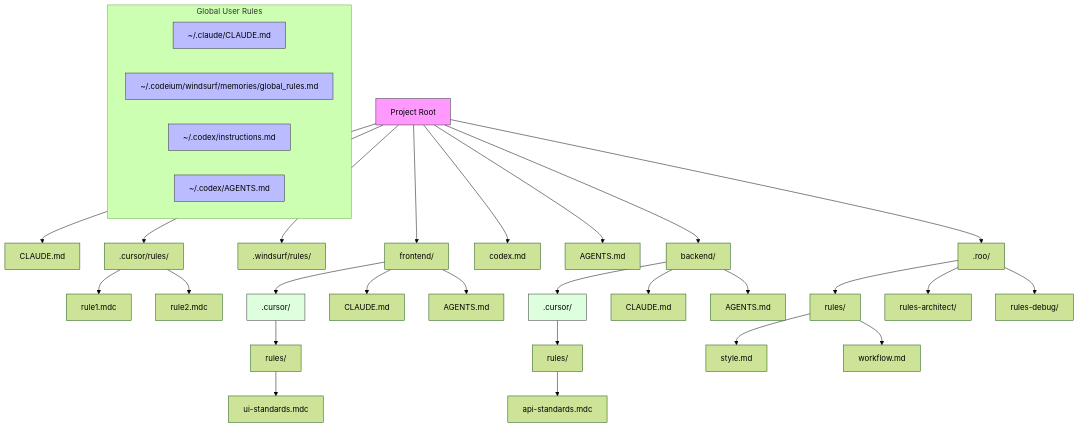
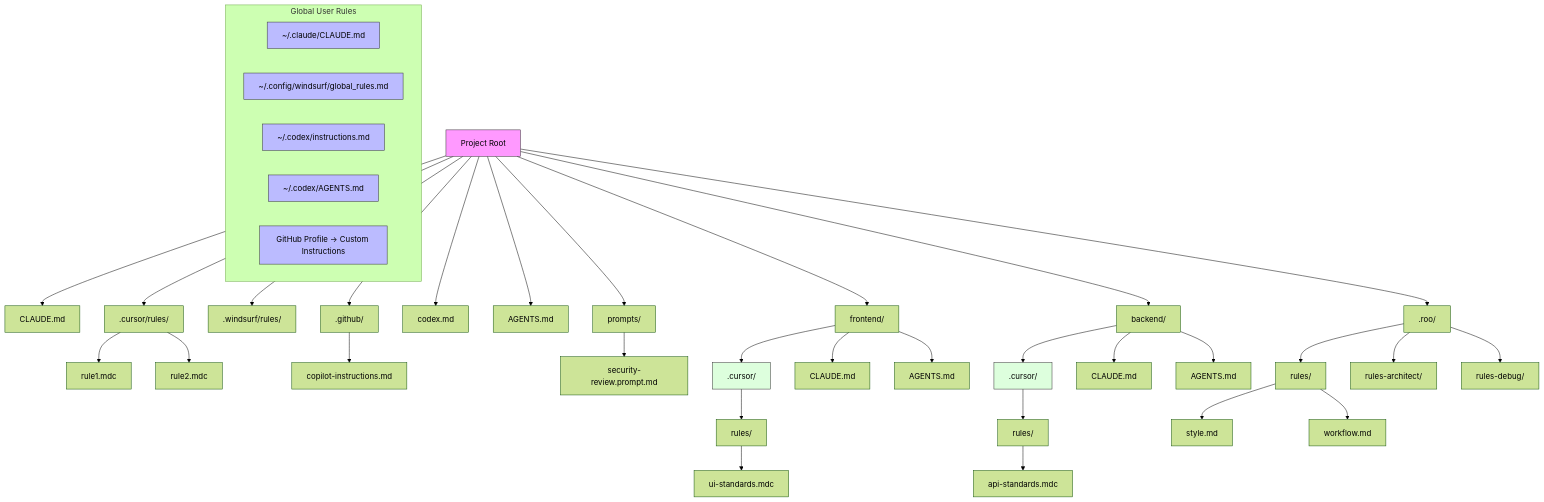
Before and after one commit to outfitter-dev/rulesets: the second of 10 diagrams in notes/ai-rules-guide.md, drawn with Mermaid (forest theme). The commit also changed other lines of this file, not shown here.

First line of the commit message:
docs: enhance AI rules guide with additional details from target documentation

````diff
--- a/notes/ai-rules-guide.md
+++ b/notes/ai-rules-guide.md
@@ -88,48 +100,55 @@
 ```mermaid
 graph TD
     root[Project Root] --> claude[CLAUDE.md]
     root --> cursor[.cursor/rules/]
     root --> windsurf[.windsurf/rules/]
     root --> roo[.roo/]
     root --> codex[codex.md]
     root --> agents[AGENTS.md]
+    root --> github[.github/]
+    root --> prompts[prompts/]
     root --> frontend[frontend/]
     root --> backend[backend/]
     
     cursor --> cursor1[rule1.mdc]
     cursor --> cursor2[rule2.mdc]
+    
+    github --> copilot[copilot-instructions.md]
+    prompts --> prompt1[security-review.prompt.md]
     
     frontend --> fcursor[.cursor/]
     frontend --> fclaudemd[CLAUDE.md]
     frontend --> fagentsmd[AGENTS.md]
     fcursor --> frules[rules/]
     frules --> frule1[ui-standards.mdc]
     
     backend --> bcursor[.cursor/]
     backend --> bclaudemd[CLAUDE.md]
     backend --> bagentsmd[AGENTS.md]
     bcursor --> brules[rules/]
     brules --> brule1[api-standards.mdc]
     
     roo --> roo1[rules/]
     roo --> roo2[rules-architect/]
     roo --> roo3[rules-debug/]
     
     roo1 --> roo1a[style.md]
     roo1 --> roo1b[workflow.md]
     
     subgraph "Global User Rules"
         global1[~/.claude/CLAUDE.md]
-        global2[~/.codeium/windsurf/memories/global_rules.md]
+        global2[~/.config/windsurf/global_rules.md]
         global3[~/.codex/instructions.md]
         global4[~/.codex/AGENTS.md]
+        global5[GitHub Profile → Custom Instructions]
     end
     
     style root fill:#f9f,stroke:#333
     style global1 fill:#bbf,stroke:#333
     style global2 fill:#bbf,stroke:#333
     style global3 fill:#bbf,stroke:#333
     style global4 fill:#bbf,stroke:#333
+    style global5 fill:#bbf,stroke:#333
     style fcursor fill:#dfd,stroke:#333
     style bcursor fill:#dfd,stroke:#333
 ```
````
